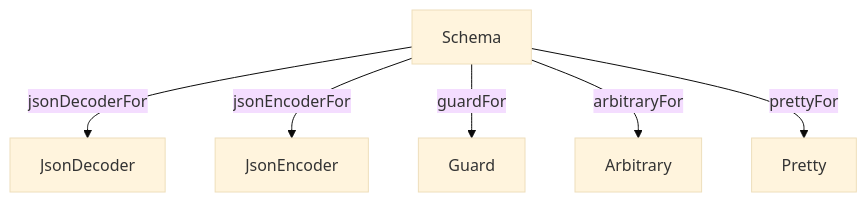
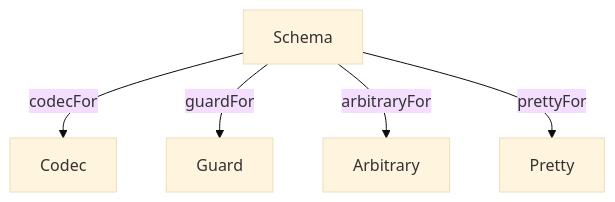
Before and after one commit to Effect-TS/schema: the diagram in README.md, drawn with Mermaid (base theme). The commit also changed other lines of this file and 5 other files, not shown here.

````diff
--- a/README.md
+++ b/README.md
@@ -17,8 +17,7 @@
 ```mermaid
 flowchart TD
-  Schema -->|jsonDecoderFor| JsonDecoder
-  Schema -->|jsonEncoderFor| JsonEncoder
+  Schema -->|codecFor| Codec
   Schema -->|guardFor| Guard
   Schema -->|arbitraryFor| Arbitrary
   Schema -->|prettyFor| Pretty
 ```
````
